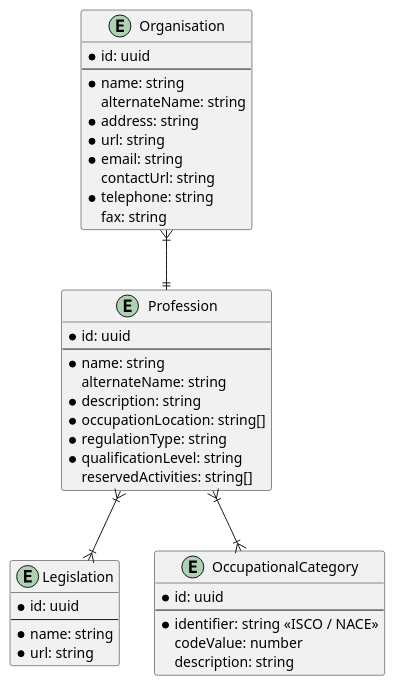
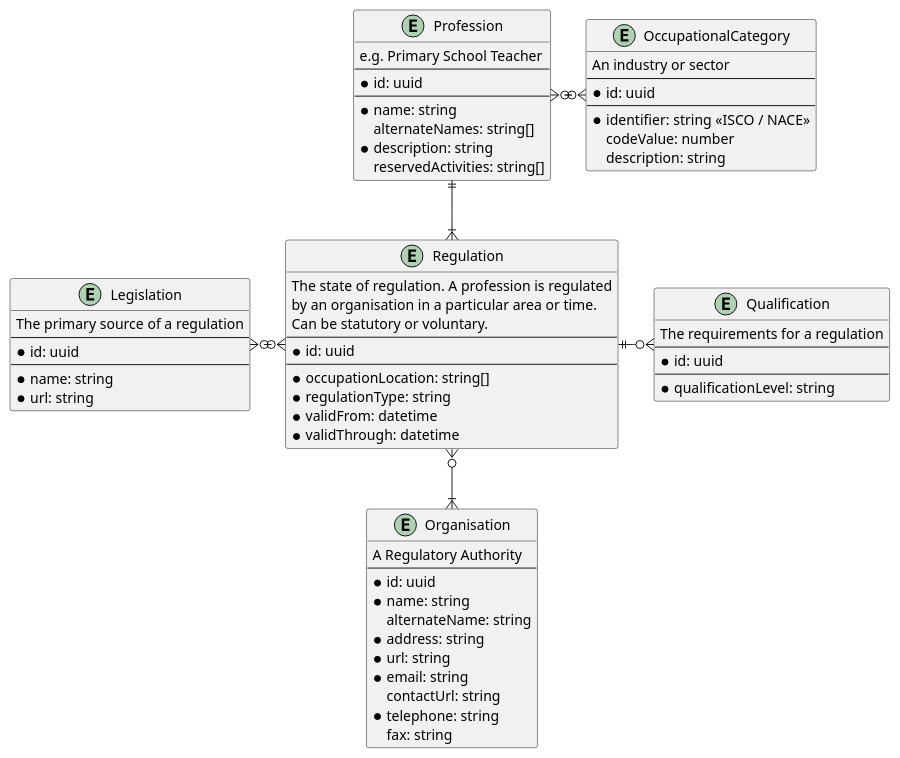
The diagram in doc/architecture/diagrams/organisations-and-professions/organisations-and-professions.wsd (UKGovernmentBEIS/regulated-professions-register), drawn with PlantUML before and after one commit. The commit also changed 2 other files, not shown here.

Commit message:
Add ADR for expanded data model including Regulation table

```diff
--- a/doc/architecture/diagrams/organisations-and-professions/organisations-and-professions.wsd
+++ b/doc/architecture/diagrams/organisations-and-professions/organisations-and-professions.wsd
@@ -1,45 +1,75 @@
 @startuml organisations-and-professions
 entity Organisation {
+  A Regulatory Authority
+  --
   * id: uuid
-  --
   * name: string
   alternateName: string
   * address: string
   * url: string
   * email: string
   contactUrl: string
   * telephone: string
   fax: string
 }
 
+entity Regulation {
+  The state of regulation. A profession is regulated
+  by an organisation in a particular area or time.
+  Can be statutory or voluntary.
+  --
+  * id: uuid
+  --
+  * occupationLocation: string[]
+  * regulationType: string
+  * validFrom: datetime
+  * validThrough: datetime
+}
+
 entity Profession {
+  e.g. Primary School Teacher
+  --
   * id: uuid
   --
   * name: string
-  alternateName: string
+  alternateNames: string[]
   * description: string
-  * occupationLocation: string[]
-  * regulationType: string
-  * qualificationLevel: string
   reservedActivities: string[]
 }
 
+entity Qualification {
+  The requirements for a regulation
+  --
+  * id: uuid
+  --
+  * qualificationLevel: string
+}
+
 entity Legislation {
+  The primary source of a regulation
+  --
   * id: uuid
   --
   * name: string
   * url: string
 }
 
 entity OccupationalCategory {
+  An industry or sector
+  --
   * id: uuid
   --
   * identifier: string <<ISCO / NACE>>
   codeValue: number
   description: string
 }
 
-Organisation }|--|| Profession
-Profession }|--|{ OccupationalCategory
-Profession }|--|{ Legislation
+Profession }o-o{ OccupationalCategory
+
+Profession ||--|{ Regulation
+
+Legislation }o-o{ Regulation
+Regulation ||-o{ Qualification
+
+Regulation }o--|{ Organisation
 @enduml
```
